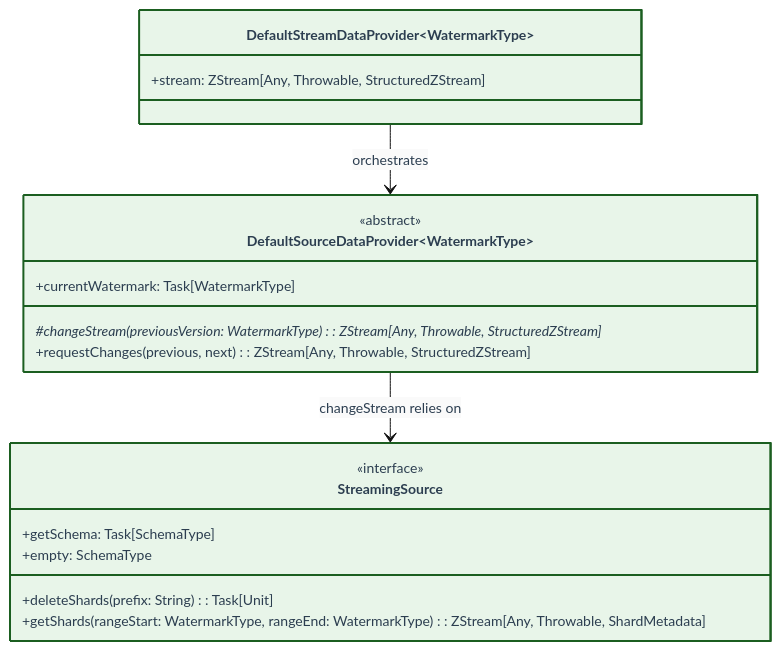
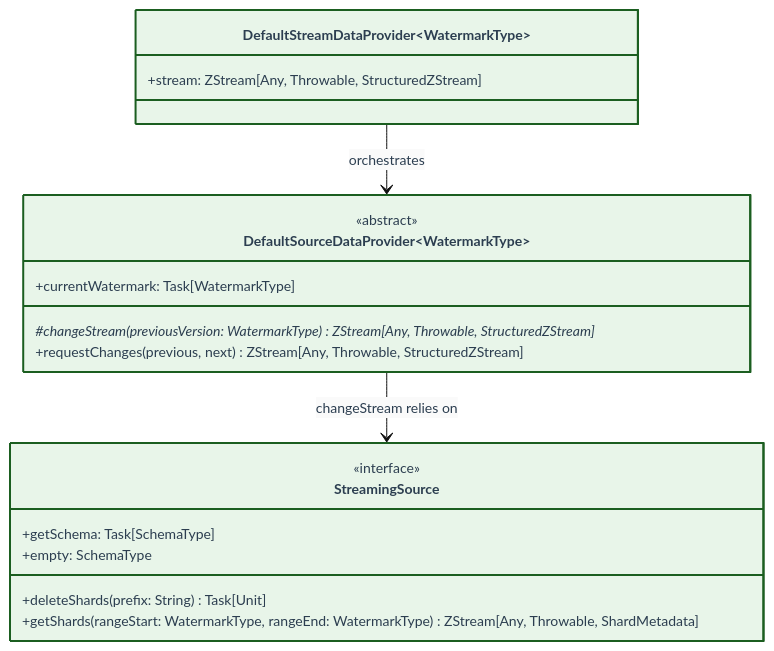
One commit to SneaksAndData/arcane-framework-scala changed the second of 3 diagrams in docs/class_diagram.md. Above: the diagram before and after it, drawn with Mermaid. The commit also changed other lines of this file, not shown here.

````diff
--- a/docs/class_diagram.md
+++ b/docs/class_diagram.md
@@ -65,45 +65,45 @@
 ```mermaid
 %%{init: {
   "theme": "base",
   "themeVariables": {
     "primaryColor": "#fafafa",
     "primaryTextColor": "#2c3e50",
     "primaryBorderColor": "#7f8c8d",
     "lineColor": "#111111",
     "arrowheadColor": "#111111",
     "secondaryColor": "#fdfdfd",
     "tertiaryColor": "#ffffff",
     "fontSize": "14px",
     "fontFamily": "Fira Code, Menlo, Monaco, Consolas, Courier New, monospace"
   },
   "class": {
     "curve": "linear"
   }
 } }%%
 classDiagram
     direction TB
 
     class DefaultStreamDataProvider~WatermarkType~ {
         +stream: ZStream[Any, Throwable, StructuredZStream]
     }
     class DefaultSourceDataProvider~WatermarkType~ {
         <<abstract>>
-        #changeStream(previousVersion: WatermarkType): ZStream[Any, Throwable, StructuredZStream]*
-        +requestChanges(previous, next): ZStream[Any, Throwable, StructuredZStream]
+        #changeStream(previousVersion: WatermarkType) ZStream[Any, Throwable, StructuredZStream]*
+        +requestChanges(previous, next) ZStream[Any, Throwable, StructuredZStream]
         +currentWatermark: Task[WatermarkType]
     }
     class StreamingSource {
         <<interface>>
         +getSchema: Task[SchemaType]
         +empty: SchemaType
-        +deleteShards(prefix: String): Task[Unit]
-        +getShards(rangeStart: WatermarkType, rangeEnd: WatermarkType): ZStream[Any, Throwable, ShardMetadata]
+        +deleteShards(prefix: String) Task[Unit]
+        +getShards(rangeStart: WatermarkType, rangeEnd: WatermarkType) ZStream[Any, Throwable, ShardMetadata]
     }
 
     DefaultStreamDataProvider --> DefaultSourceDataProvider : orchestrates
     DefaultSourceDataProvider --> StreamingSource : changeStream relies on
 
     style StreamingSource fill:#e8f5e9,stroke:#1b5e20,stroke-width:2px
     style DefaultStreamDataProvider fill:#e8f5e9,stroke:#1b5e20,stroke-width:2px
     style DefaultSourceDataProvider fill:#e8f5e9,stroke:#1b5e20,stroke-width:2px
 ```
````
